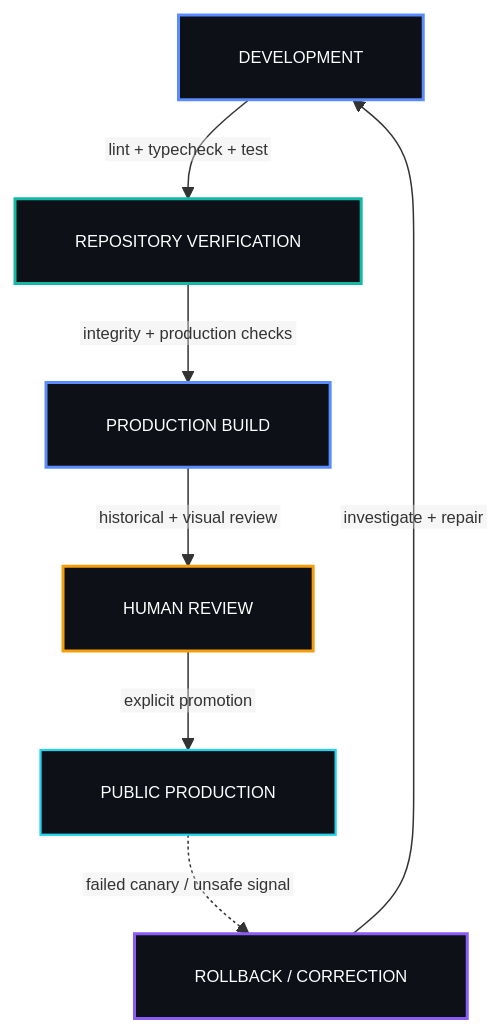
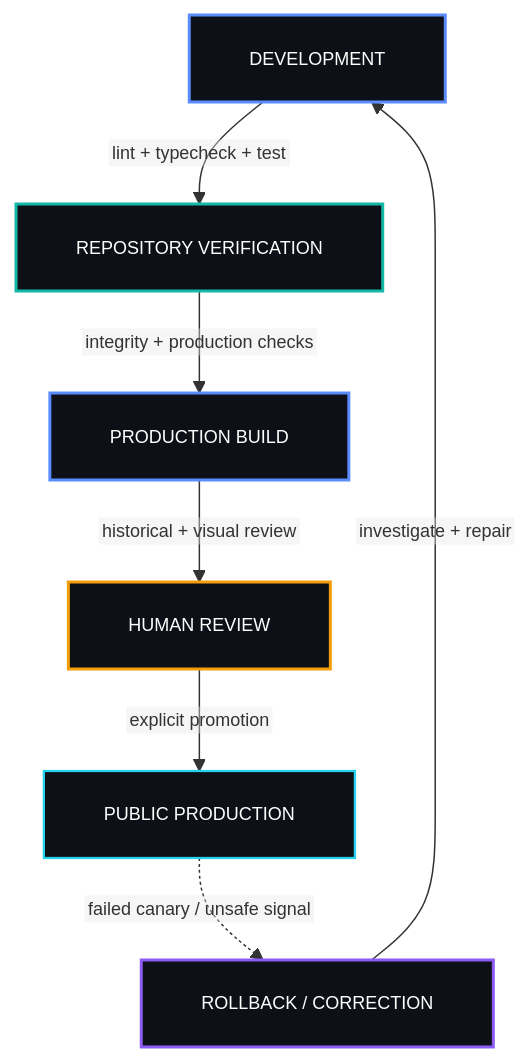
One commit to drferdi/Kediri-Kings-Century changed the fourth of 4 diagrams in README.md. Above: the diagram before and after it, drawn with Mermaid. The commit also changed other lines of this file, not shown here.

````diff
--- a/README.md
+++ b/README.md
@@ -519,30 +519,30 @@
 ```mermaid
-%%{init: {"flowchart": {"htmlLabels": false, "padding": 20}, "themeVariables": {"fontFamily": "monospace", "fontSize": "11px"}}}%%
+%%{init: {"flowchart": {"htmlLabels": false, "padding": 20}, "themeVariables": {"fontFamily": "monospace", "fontSize": "12px"}}}%%
 flowchart TB
   DEV["DEVELOPMENT"]
   VERIFY["REPOSITORY VERIFICATION"]
   BUILD["PRODUCTION BUILD"]
   HUMAN["HUMAN REVIEW"]
   PROD["PUBLIC PRODUCTION"]
   ROLL["ROLLBACK / CORRECTION"]
 
   DEV -->|lint + typecheck + test| VERIFY
   VERIFY -->|integrity + production checks| BUILD
   BUILD -->|historical + visual review| HUMAN
   HUMAN -->|explicit promotion| PROD
   PROD -. failed canary / unsafe signal .-> ROLL
   ROLL -->|investigate + repair| DEV
 
   classDef authority fill:#0D1117,stroke:#F59E0B,color:#ffffff,stroke-width:2px;
   classDef agent fill:#0D1117,stroke:#8B5CF6,color:#ffffff,stroke-width:2px;
   classDef control fill:#0D1117,stroke:#14B8A6,color:#ffffff,stroke-width:2px;
   classDef core fill:#0D1117,stroke:#5B8CFF,color:#ffffff,stroke-width:2px;
   classDef shared fill:#0D1117,stroke:#64748B,color:#ffffff,stroke-width:1.5px;
   classDef surface fill:#0D1117,stroke:#22D3EE,color:#ffffff,stroke-width:1.5px;
 
   class HUMAN authority;
   class VERIFY control;
   class DEV,BUILD core;
   class PROD surface;
   class ROLL agent;
 ```
````
